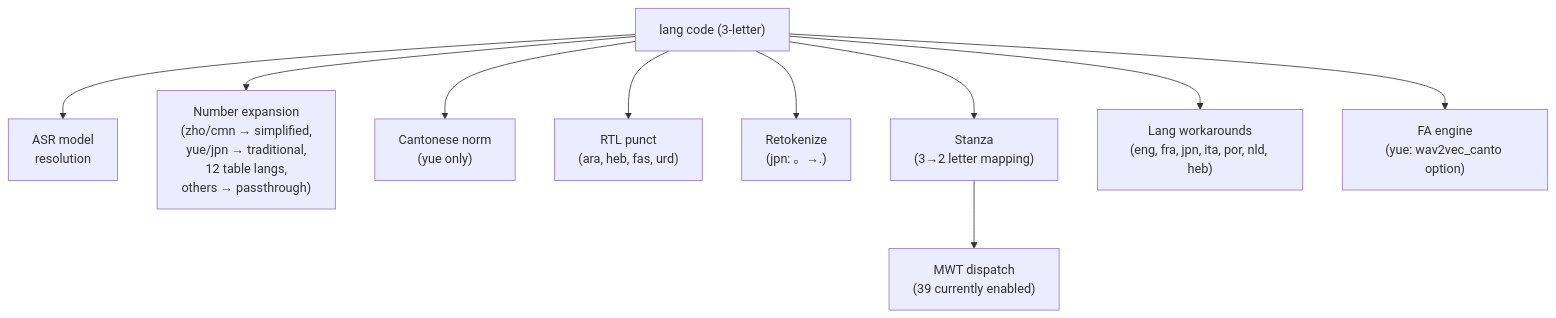
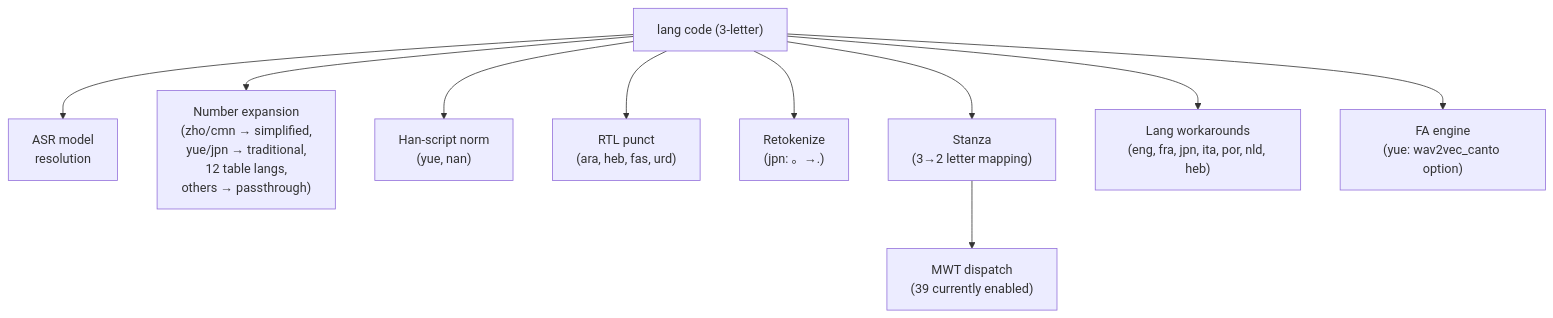
The first of 2 diagrams in book/src/batchalign/reference/language-code-resolution.md (FranklinChen/talkbank-tools), drawn with Mermaid before and after one commit. The commit also changed other lines of this file and 39 other files, not shown here.

````diff
--- a/book/src/batchalign/reference/language-code-resolution.md
+++ b/book/src/batchalign/reference/language-code-resolution.md
@@ -183,22 +191,22 @@
 ```mermaid
 flowchart TD
     lang["lang code (3-letter)"]
     asr["ASR model\nresolution"]
     num["Number expansion\n(zho/cmn → simplified,\nyue/jpn → traditional,\n12 table langs,\nothers → passthrough)"]
-    canto["Cantonese norm\n(yue only)"]
+    canto["Han-script norm\n(yue, nan)"]
     rtl["RTL punct\n(ara, heb, fas, urd)"]
     retok["Retokenize\n(jpn: 。→.)"]
     stanza["Stanza\n(3→2 letter mapping)"]
     mwt["MWT dispatch\n(39 currently enabled)"]
     workaround["Lang workarounds\n(eng, fra, jpn, ita, por, nld, heb)"]
     fa["FA engine\n(yue: wav2vec_canto option)"]
 
     lang --> asr
     lang --> num
     lang --> canto
     lang --> rtl
     lang --> retok
     lang --> stanza --> mwt
     lang --> workaround
     lang --> fa
 ```
````
